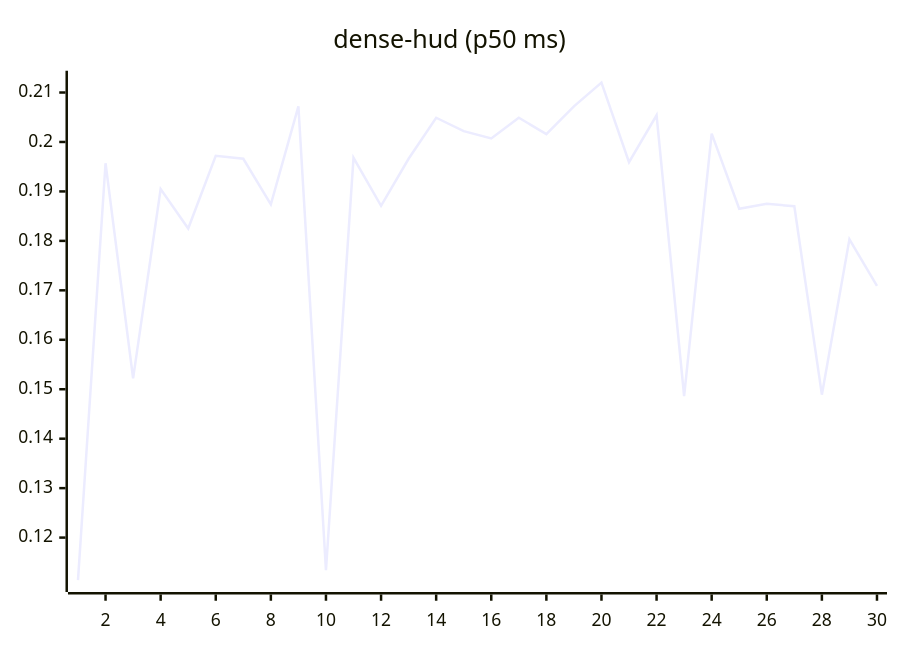
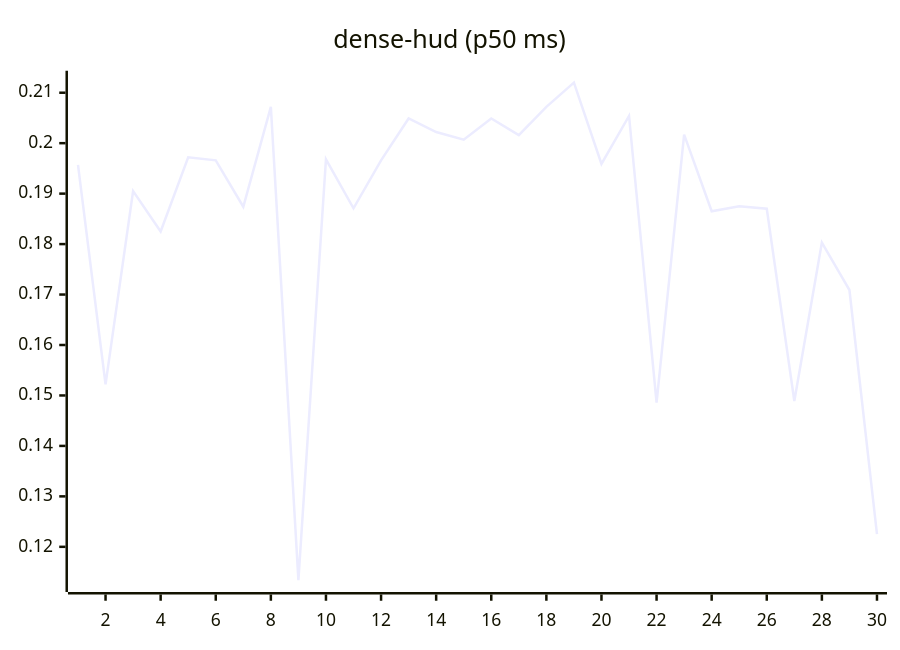
The eighth of 27 diagrams in README.md (josha/Facet), drawn with Mermaid before and after one commit. The commit also changed other lines of this file and 2 other files, not shown here.

````diff
--- a/README.md
+++ b/README.md
@@ -112,6 +112,6 @@
 ```mermaid
 xychart-beta
     title "dense-hud (p50 ms)"
     x-axis 1 --> 30
-    line [0.1114, 0.1957, 0.1522, 0.1905, 0.1825, 0.1972, 0.1966, 0.1874, 0.2072, 0.1134, 0.1968, 0.1871, 0.1966, 0.2049, 0.2022, 0.2007, 0.2049, 0.2016, 0.2072, 0.2120, 0.1959, 0.2054, 0.1486, 0.2017, 0.1865, 0.1875, 0.1870, 0.1489, 0.1803, 0.1709]
+    line [0.1957, 0.1522, 0.1905, 0.1825, 0.1972, 0.1966, 0.1874, 0.2072, 0.1134, 0.1968, 0.1871, 0.1966, 0.2049, 0.2022, 0.2007, 0.2049, 0.2016, 0.2072, 0.2120, 0.1959, 0.2054, 0.1486, 0.2017, 0.1865, 0.1875, 0.1870, 0.1489, 0.1803, 0.1709, 0.1225]
 ```
````
